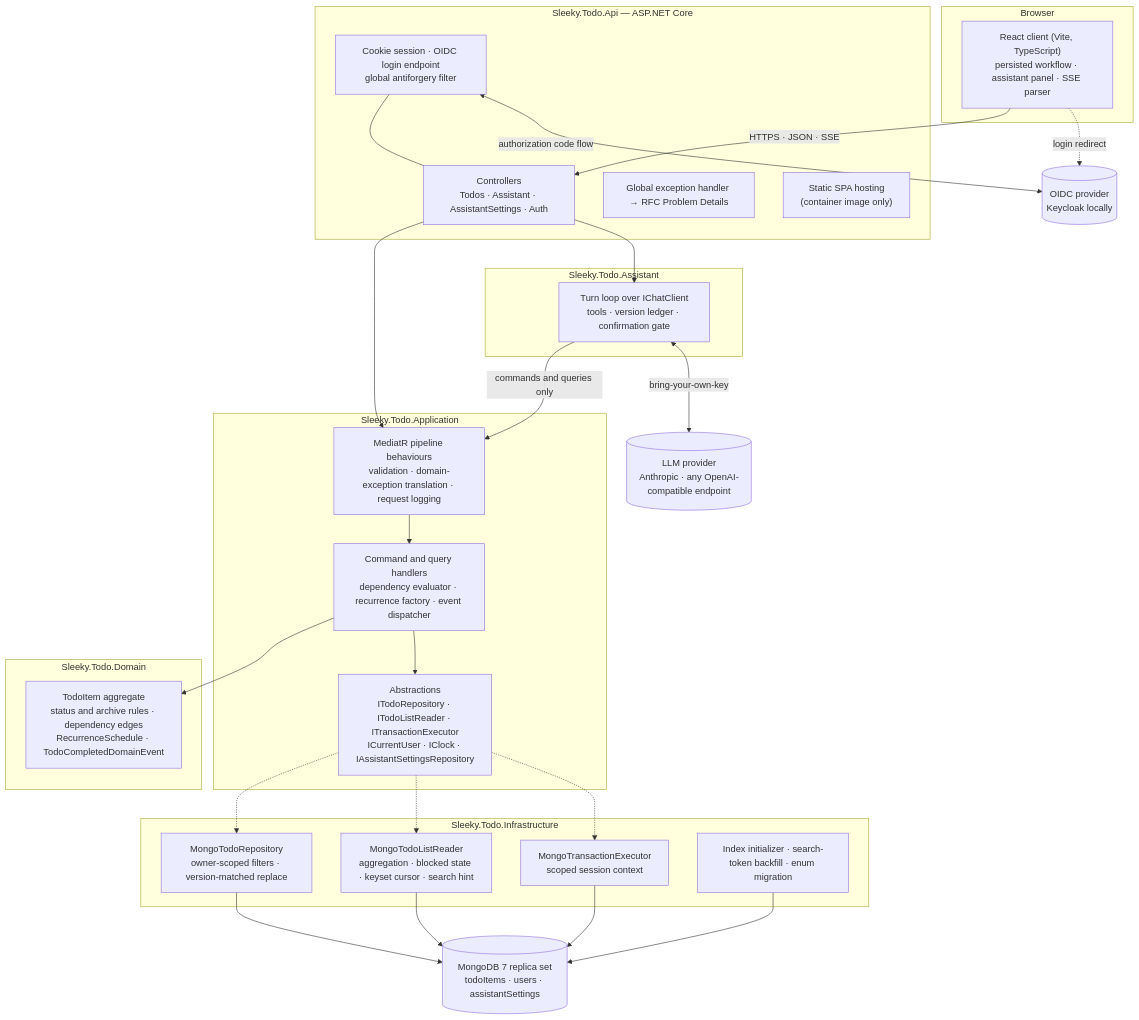
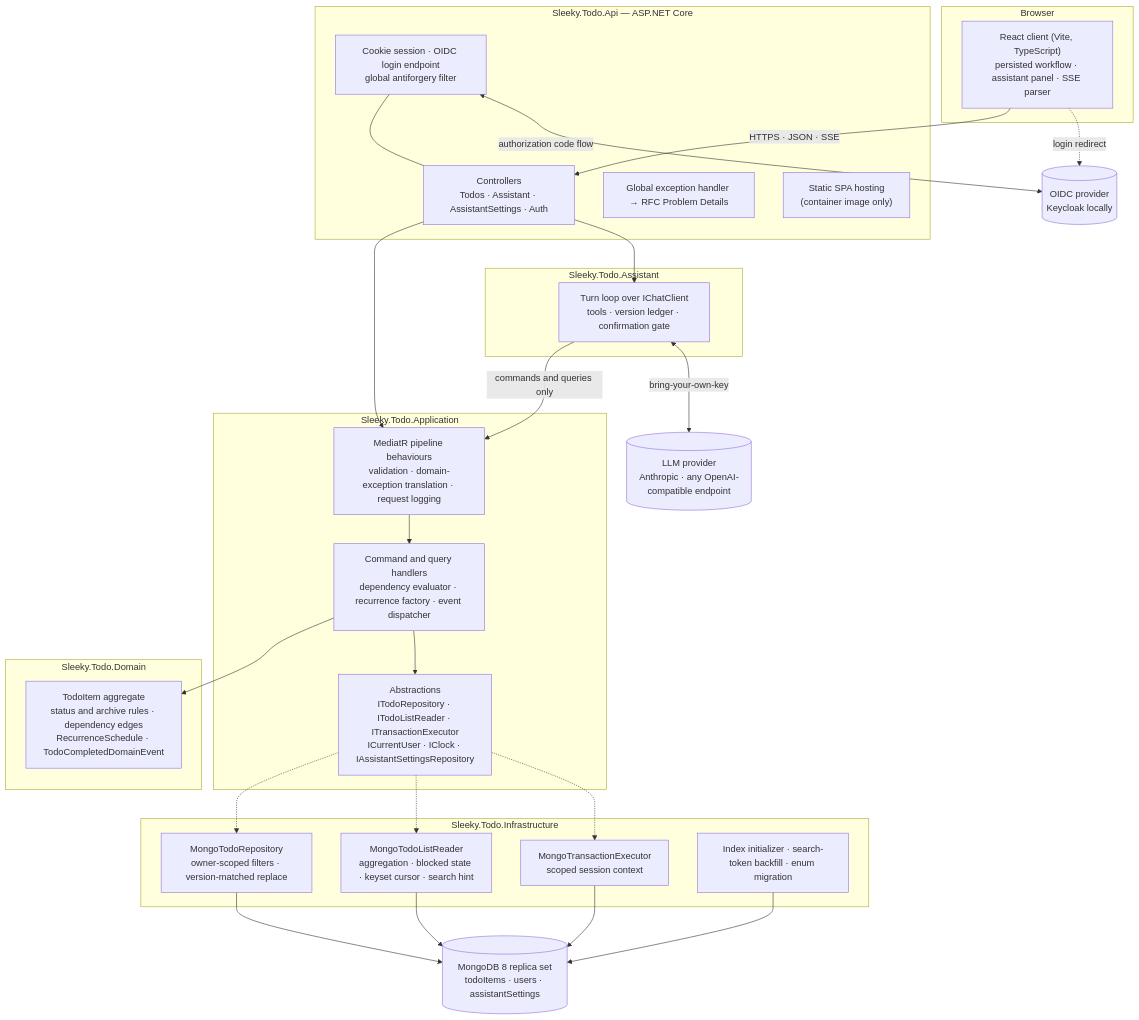
One commit to Space0Timer/sleeky-todo changed the first of 2 diagrams in docs/architecture.md. Above: the diagram before and after it, drawn with Mermaid. The commit also changed 9 other files, not shown here.

````diff
--- a/docs/architecture.md
+++ b/docs/architecture.md
@@ -7,57 +7,57 @@
 ```mermaid
 flowchart TB
     subgraph browser["Browser"]
         spa["React client (Vite, TypeScript)<br/>persisted workflow · assistant panel · SSE parser"]
     end
 
     subgraph api["Sleeky.Todo.Api — ASP.NET Core"]
         auth["Cookie session · OIDC login endpoint<br/>global antiforgery filter"]
         controllers["Controllers<br/>Todos · Assistant · AssistantSettings · Auth"]
         problems["Global exception handler → RFC Problem Details"]
         static["Static SPA hosting<br/>(container image only)"]
     end
 
     subgraph assistant["Sleeky.Todo.Assistant"]
         turn["Turn loop over IChatClient<br/>tools · version ledger · confirmation gate"]
     end
 
     subgraph application["Sleeky.Todo.Application"]
         pipeline["MediatR pipeline behaviours<br/>validation · domain-exception translation · request logging"]
         handlers["Command and query handlers<br/>dependency evaluator · recurrence factory · event dispatcher"]
         abstractions["Abstractions<br/>ITodoRepository · ITodoListReader · ITransactionExecutor<br/>ICurrentUser · IClock · IAssistantSettingsRepository"]
     end
 
     subgraph domain["Sleeky.Todo.Domain"]
         entity["TodoItem aggregate<br/>status and archive rules · dependency edges<br/>RecurrenceSchedule · TodoCompletedDomainEvent"]
     end
 
     subgraph infrastructure["Sleeky.Todo.Infrastructure"]
         repo["MongoTodoRepository<br/>owner-scoped filters · version-matched replace"]
         reader["MongoTodoListReader<br/>aggregation · blocked state · keyset cursor · search hint"]
         tx["MongoTransactionExecutor<br/>scoped session context"]
         startup["Index initializer · search-token backfill · enum migration"]
     end
 
-    mongo[("MongoDB 7 replica set<br/>todoItems · users · assistantSettings")]
+    mongo[("MongoDB 8 replica set<br/>todoItems · users · assistantSettings")]
     idp[("OIDC provider<br/>Keycloak locally")]
     llm[("LLM provider<br/>Anthropic · any OpenAI-compatible endpoint")]
 
     spa -->|"HTTPS · JSON · SSE"| controllers
     spa -.->|"login redirect"| idp
     auth --- controllers
     controllers --> pipeline
     controllers --> turn
     turn -->|"commands and queries only"| pipeline
     turn <-->|"bring-your-own-key"| llm
     pipeline --> handlers
     handlers --> entity
     handlers --> abstractions
     abstractions -.-> repo
     abstractions -.-> reader
     abstractions -.-> tx
     repo --> mongo
     reader --> mongo
     tx --> mongo
     startup --> mongo
     auth <-->|"authorization code flow"| idp
 ```
````
